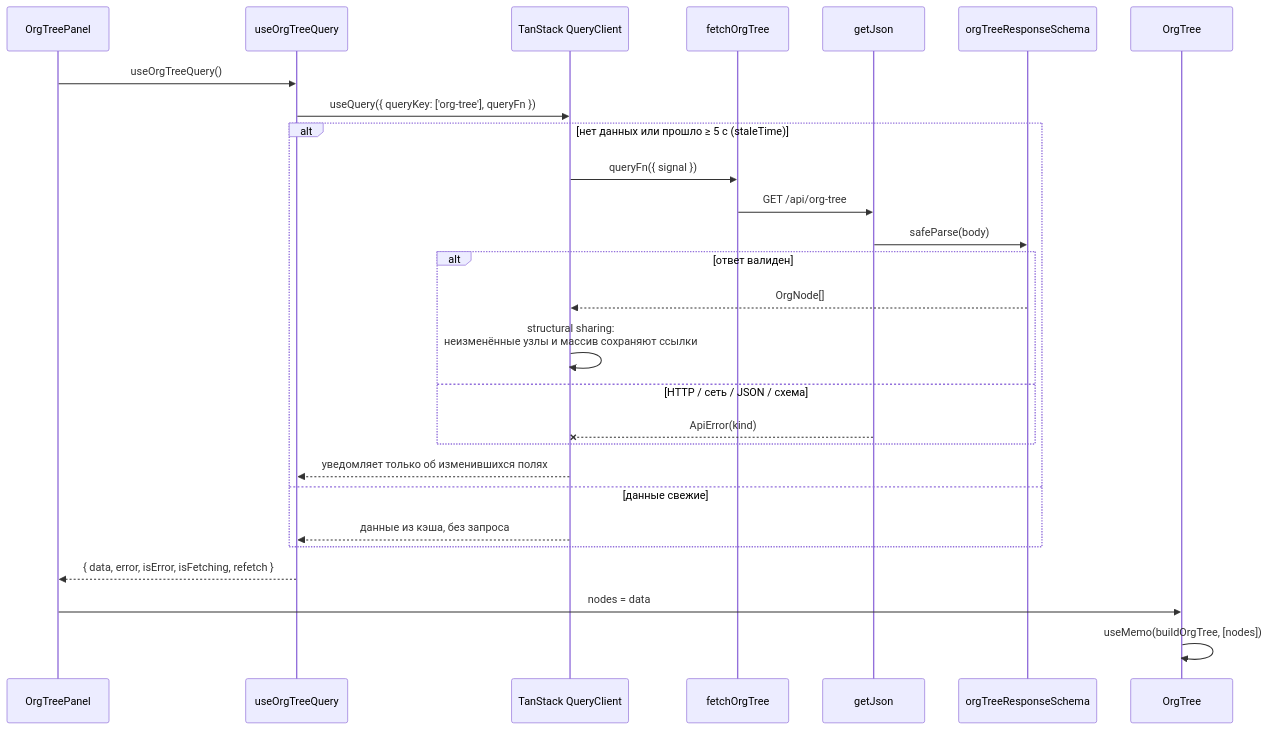
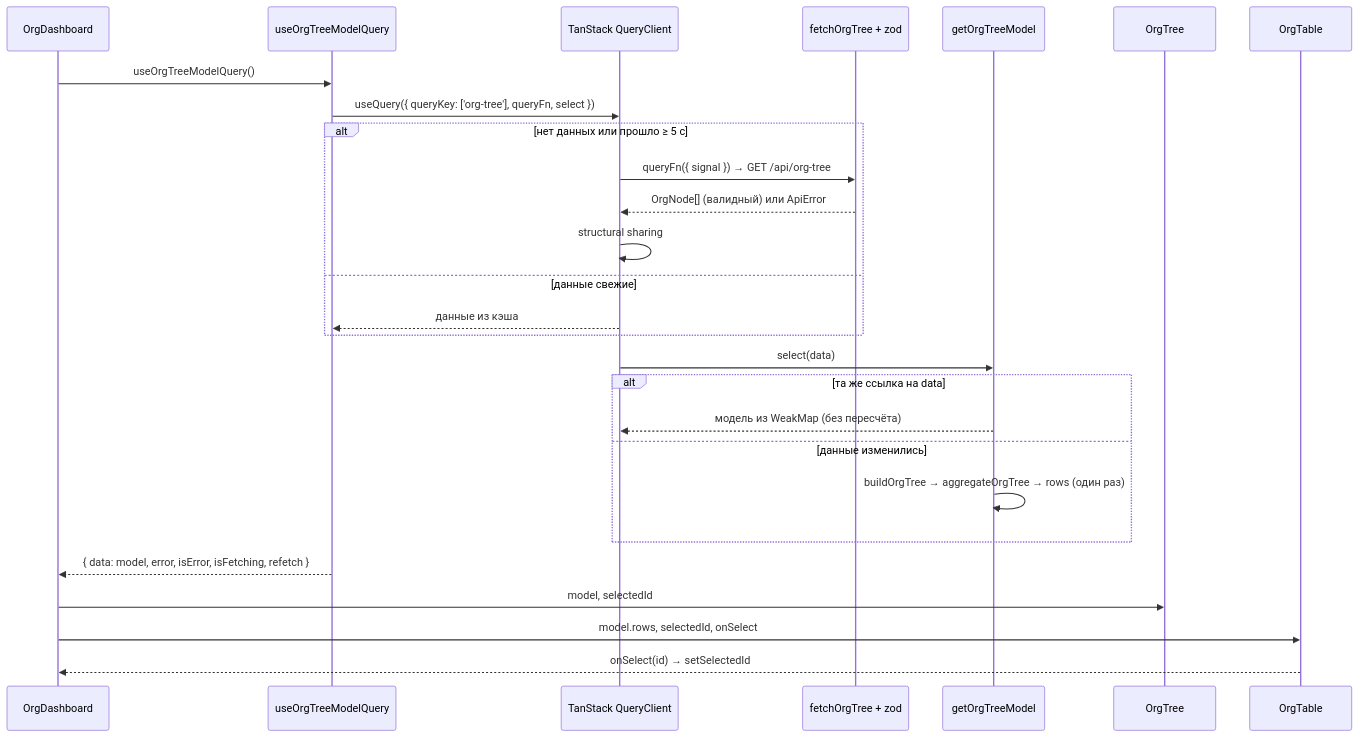
Before and after one commit to Eugene-Okhryamkin/company-test: the third of 3 diagrams in docs/architecture.md, drawn with Mermaid. The commit also changed other lines of this file and 41 other files, not shown here.

First line of the commit message:
feat: step 02 CORE — analytics table, aggregation, tree ↔ table selection

````diff
--- a/docs/architecture.md
+++ b/docs/architecture.md
@@ -404,30 +414,30 @@
 ```mermaid
 sequenceDiagram
-    participant P as OrgTreePanel
-    participant H as useOrgTreeQuery
+    participant D as OrgDashboard
+    participant H as useOrgTreeModelQuery
     participant QC as TanStack QueryClient
-    participant F as fetchOrgTree
-    participant HC as getJson
-    participant S as orgTreeResponseSchema
+    participant F as fetchOrgTree + zod
+    participant M as getOrgTreeModel
     participant T as OrgTree
+    participant G as OrgTable
 
-    P->>H: useOrgTreeQuery()
-    H->>QC: useQuery({ queryKey: ['org-tree'], queryFn })
-    alt нет данных или прошло ≥ 5 с (staleTime)
-        QC->>F: queryFn({ signal })
-        F->>HC: GET /api/org-tree
-        HC->>S: safeParse(body)
-        alt ответ валиден
-            S-->>QC: OrgNode[]
-            QC->>QC: structural sharing:<br/>неизменённые узлы и массив сохраняют ссылки
-        else HTTP / сеть / JSON / схема
-            HC--xQC: ApiError(kind)
-        end
-        QC-->>H: уведомляет только об изменившихся полях
+    D->>H: useOrgTreeModelQuery()
+    H->>QC: useQuery({ queryKey: ['org-tree'], queryFn, select })
+    alt нет данных или прошло ≥ 5 с
+        QC->>F: queryFn({ signal }) → GET /api/org-tree
+        F-->>QC: OrgNode[] (валидный) или ApiError
+        QC->>QC: structural sharing
     else данные свежие
-        QC-->>H: данные из кэша, без запроса
+        QC-->>H: данные из кэша
     end
-    H-->>P: { data, error, isError, isFetching, refetch }
-    P->>T: nodes = data
-    T->>T: useMemo(buildOrgTree, [nodes])
+    QC->>M: select(data)
+    alt та же ссылка на data
+        M-->>QC: модель из WeakMap (без пересчёта)
+    else данные изменились
+        M->>M: buildOrgTree → aggregateOrgTree → rows (один раз)
+    end
+    H-->>D: { data: model, error, isError, isFetching, refetch }
+    D->>T: model, selectedId
+    D->>G: model.rows, selectedId, onSelect
+    G-->>D: onSelect(id) → setSelectedId
 ```
````
